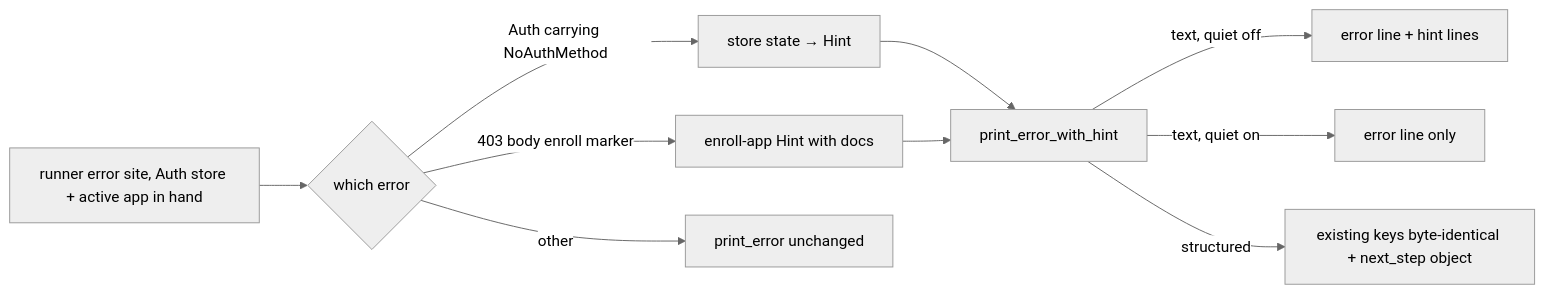
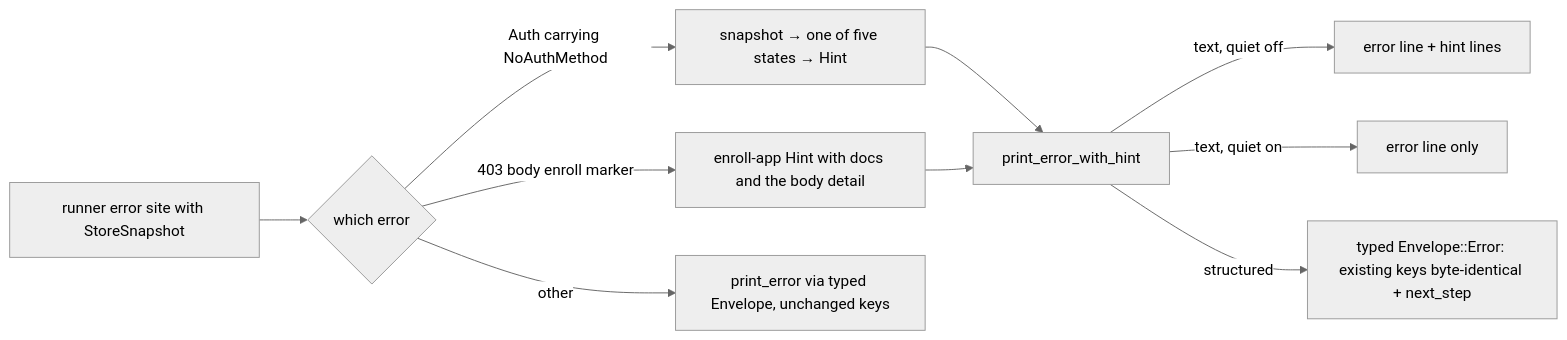
One commit to brettdavies/xurl-rs changed the second of 2 diagrams in docs/plans/2026-09-09-1528-fix-pre-attention-cleanup-plan.md. Above: the diagram before and after it, drawn with Mermaid (neutral theme). The commit also changed other lines of this file, not shown here.

````diff
--- a/docs/plans/2026-09-09-1528-fix-pre-attention-cleanup-plan.md
+++ b/docs/plans/2026-09-09-1528-fix-pre-attention-cleanup-plan.md
@@ -440,12 +518,12 @@
 ```mermaid
 flowchart LR
-  E[runner error site, Auth store + active app in hand] --> K{which error}
-  K -->|Auth carrying NoAuthMethod| S[store state → Hint]
-  K -->|403 body enroll marker| N[enroll-app Hint with docs]
-  K -->|other| P[print_error unchanged]
+  E[runner error site with StoreSnapshot] --> K{which error}
+  K -->|Auth carrying NoAuthMethod| S[snapshot → one of five states → Hint]
+  K -->|403 body enroll marker| N[enroll-app Hint with docs and the body detail]
+  K -->|other| P[print_error via typed Envelope, unchanged keys]
   S --> W[print_error_with_hint]
   N --> W
   W -->|text, quiet off| T[error line + hint lines]
   W -->|text, quiet on| T0[error line only]
-  W -->|structured| J[existing keys byte-identical + next_step object]
+  W -->|structured| J[typed Envelope::Error: existing keys byte-identical + next_step]
 ```
````
